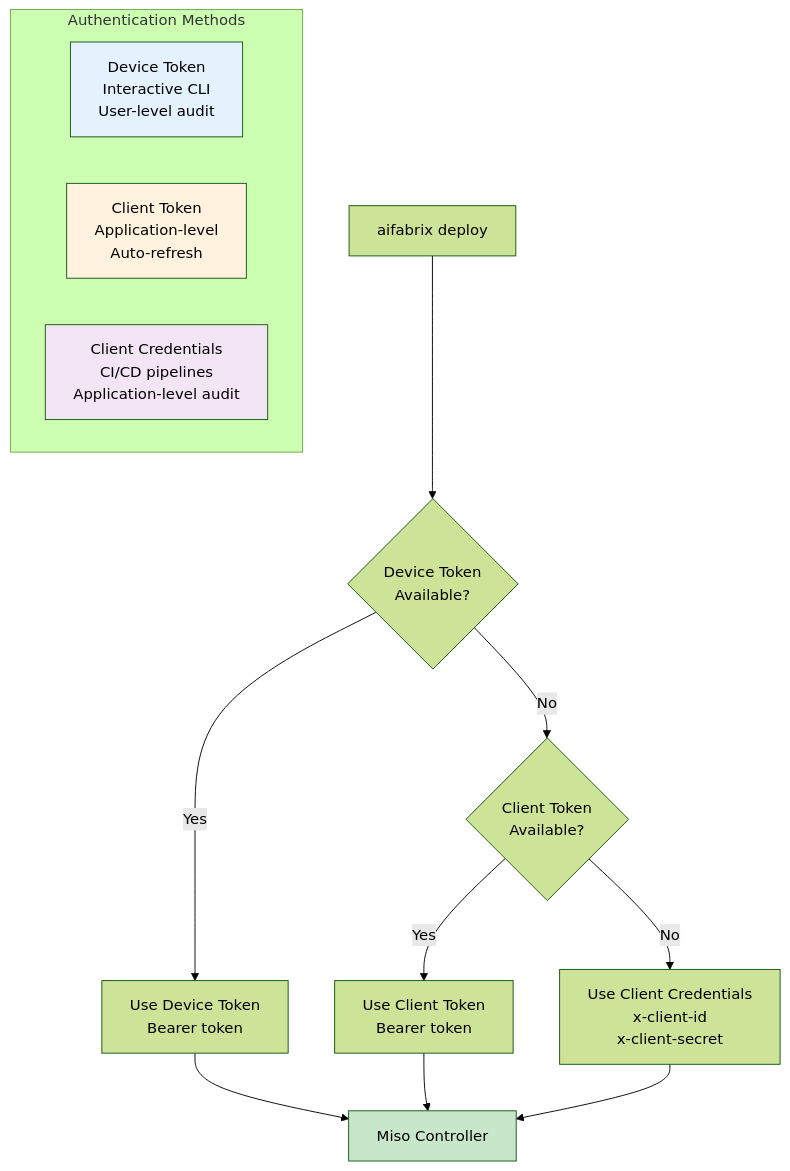
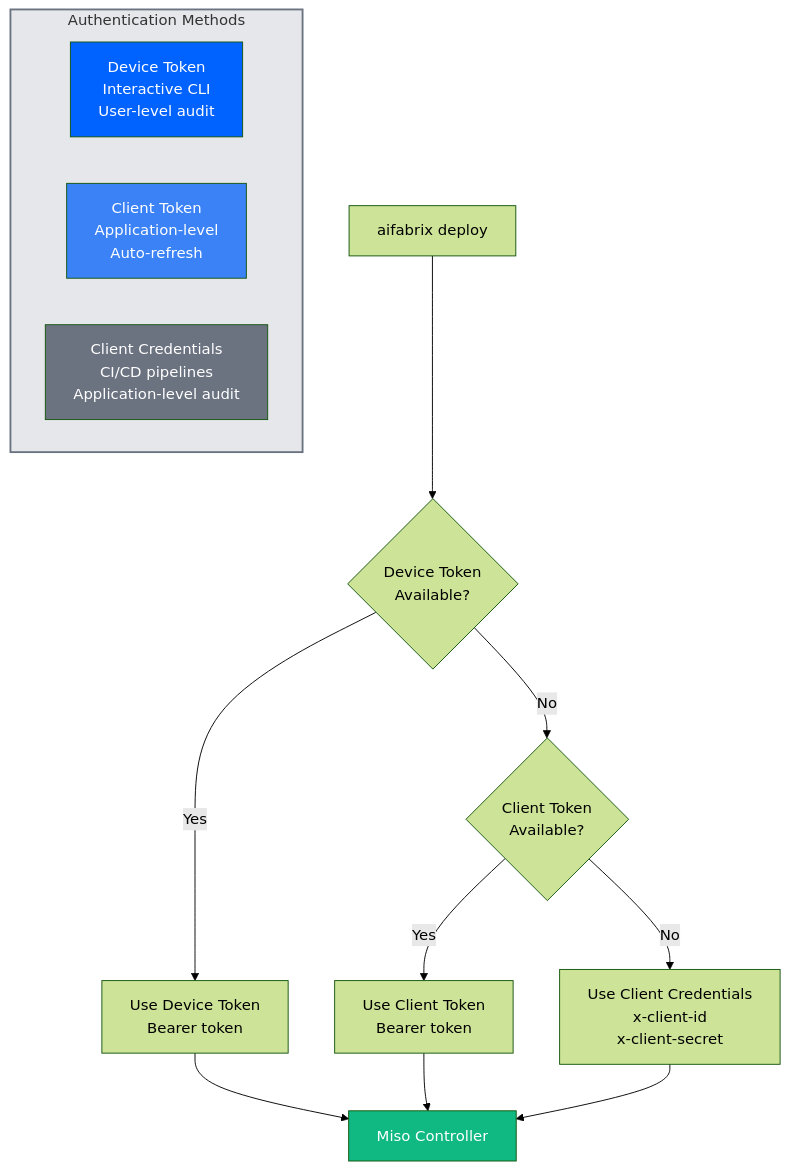
The fourth of 4 diagrams in docs/DEPLOYING.md (esystemsdev/aifabrix-builder), drawn with Mermaid (forest theme) before and after one commit. The commit also changed other lines of this file and 9 other files, not shown here.

````diff
--- a/docs/DEPLOYING.md
+++ b/docs/DEPLOYING.md
@@ -814,23 +814,24 @@
 ```mermaid
 flowchart TD
     subgraph AuthMethods[Authentication Methods]
         DeviceToken[Device Token<br/>Interactive CLI<br/>User-level audit]
         ClientToken[Client Token<br/>Application-level<br/>Auto-refresh]
         ClientCreds[Client Credentials<br/>CI/CD pipelines<br/>Application-level audit]
     end
     
     Deploy[aifabrix deploy] --> CheckDevice{Device Token<br/>Available?}
     CheckDevice -->|Yes| UseDevice[Use Device Token<br/>Bearer token]
     CheckDevice -->|No| CheckClient{Client Token<br/>Available?}
     CheckClient -->|Yes| UseClient[Use Client Token<br/>Bearer token]
     CheckClient -->|No| UseCreds[Use Client Credentials<br/>x-client-id<br/>x-client-secret]
     
     UseDevice --> Controller[Miso Controller]
     UseClient --> Controller
     UseCreds --> Controller
     
-    style DeviceToken fill:#e3f2fd
-    style ClientToken fill:#fff3e0
-    style ClientCreds fill:#f3e5f5
-    style Controller fill:#c8e6c9
+    style AuthMethods fill:#E5E7EB,stroke:#6B7280,stroke-width:2px
+    style DeviceToken fill:#0062FF,color:#FFFFFF
+    style ClientToken fill:#3B82F6,color:#FFFFFF
+    style ClientCreds fill:#6B7280,color:#FFFFFF
+    style Controller fill:#10B981,color:#FFFFFF
 ```
````
